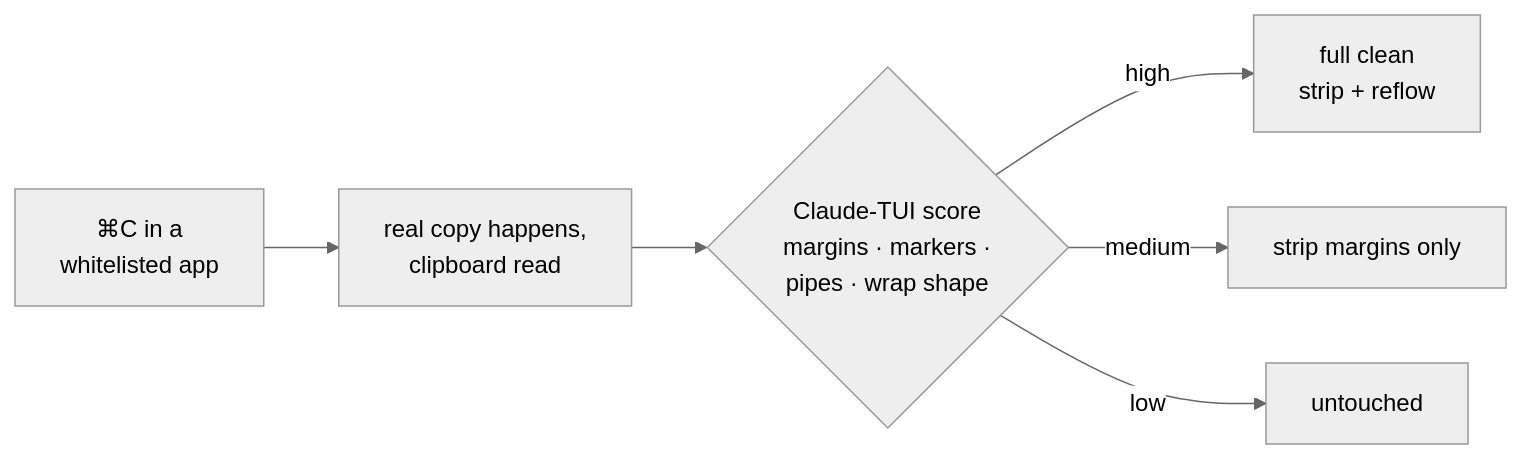
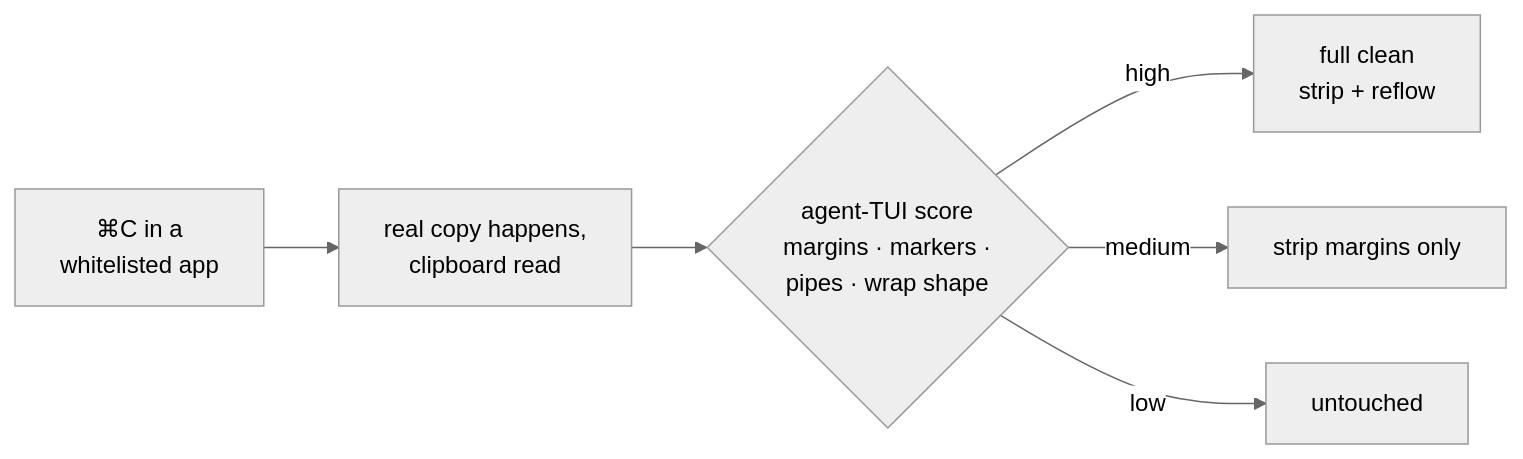
One commit to kindtree/claude-copy-cjk changed the diagram in README.md. Above: the diagram before and after it, drawn with Mermaid (neutral theme). The commit also changed other lines of this file and 4 other files, not shown here.

````diff
--- a/README.md
+++ b/README.md
@@ -86,8 +100,8 @@
 ```mermaid
 flowchart LR
     A["⌘C in a<br/>whitelisted app"] --> B["real copy happens,<br/>clipboard read"]
-    B --> C{"Claude-TUI score<br/>margins · markers ·<br/>pipes · wrap shape"}
+    B --> C{"agent-TUI score<br/>margins · markers ·<br/>pipes · wrap shape"}
     C -->|high| D["full clean<br/>strip + reflow"]
     C -->|medium| E["strip margins only"]
     C -->|low| F["untouched"]
 ```
````
